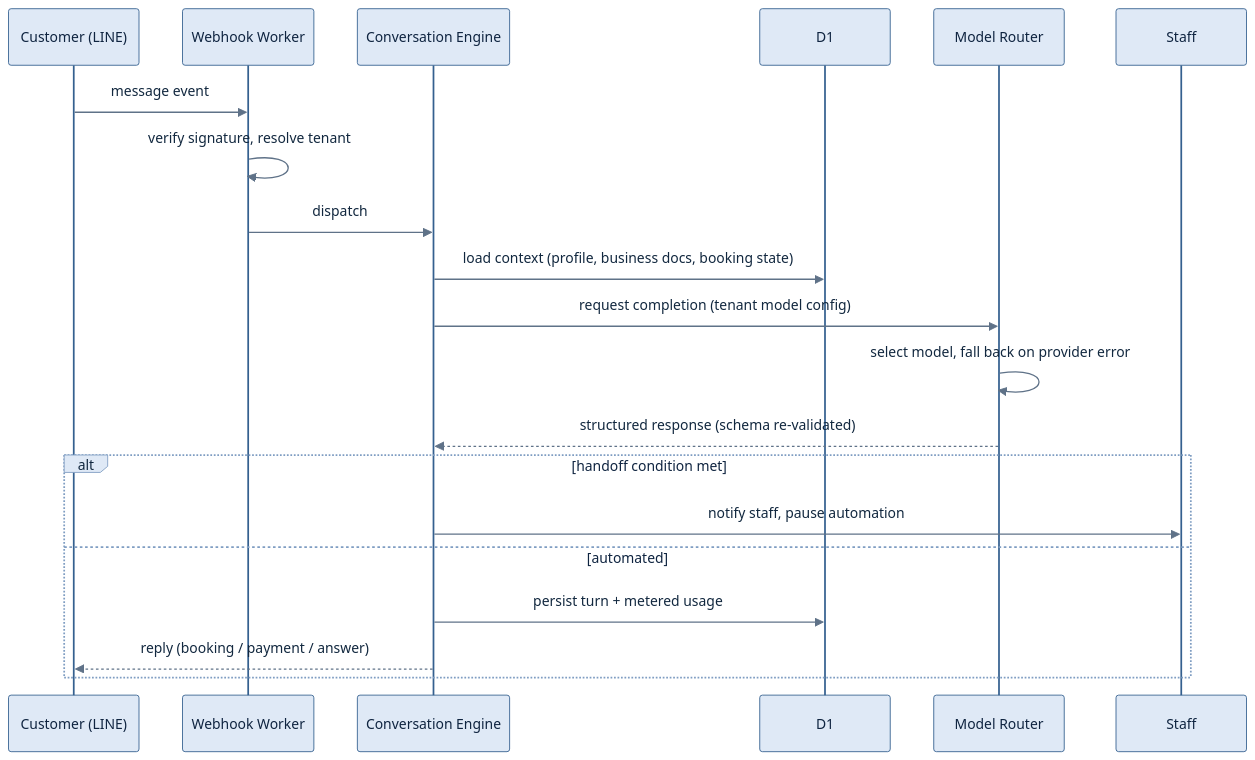
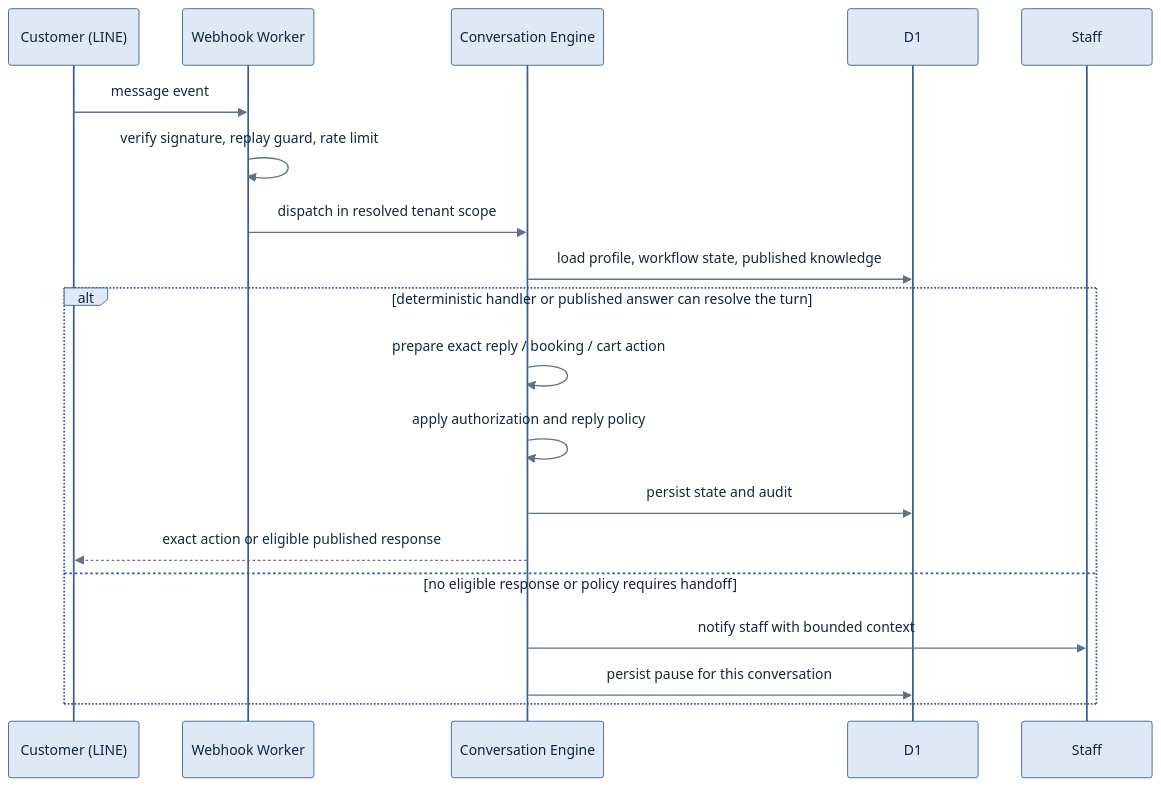
Before and after one commit to rjk6831/botanswer-architecture: the diagram in README.md, drawn with Mermaid. The commit also changed other lines of this file and 16 other files, not shown here.

Commit message:
docs: refresh public architecture portfolio

````diff
--- a/README.md
+++ b/README.md
@@ -140,43 +108,37 @@
 ```mermaid
 %%{init: {'theme':'base','themeVariables':{
   'fontFamily':'ui-sans-serif, -apple-system, Segoe UI, Roboto, sans-serif',
   'fontSize':'13px',
   'primaryColor':'#dfe9f6',
   'primaryTextColor':'#0f2440',
   'primaryBorderColor':'#35608f',
   'lineColor':'#7d90a8',
-  'textColor':'#12283f',
   'actorBkg':'#dfe9f6',
   'actorBorder':'#35608f',
   'actorTextColor':'#0f2440',
   'signalColor':'#5f7288',
   'signalTextColor':'#12283f',
-  'labelBoxBkg':'#eef3fa',
-  'labelBoxBorderColor':'#7f9dc2',
-  'labelTextColor':'#12283f',
   'noteBkg':'#f7f0e4',
-  'noteBorderColor':'#a8873f',
-  'sequenceNumberColor':'#ffffff'
+  'noteBorderColor':'#a8873f'
 }}}%%
 sequenceDiagram
     participant C as Customer (LINE)
     participant W as Webhook Worker
     participant E as Conversation Engine
     participant D as D1
-    participant M as Model Router
     participant S as Staff
 
     C->>W: message event
-    W->>W: verify signature, resolve tenant
-    W->>E: dispatch
-    E->>D: load context (profile, business docs, booking state)
-    E->>M: request completion (tenant model config)
-    M->>M: select model, fall back on provider error
-    M-->>E: structured response (schema re-validated)
-    alt handoff condition met
-        E->>S: notify staff, pause automation
-    else automated
-        E->>D: persist turn + metered usage
-        E-->>C: reply (booking / payment / answer)
+    W->>W: verify signature, replay guard, rate limit
+    W->>E: dispatch in resolved tenant scope
+    E->>D: load profile, workflow state, published knowledge
+    alt deterministic handler or published answer can resolve the turn
+        E->>E: prepare exact reply / booking / cart action
+        E->>E: apply authorization and reply policy
+        E->>D: persist state and audit
+        E-->>C: exact action or eligible published response
+    else no eligible response or policy requires handoff
+        E->>S: notify staff with bounded context
+        E->>D: persist pause for this conversation
     end
 ```
````
